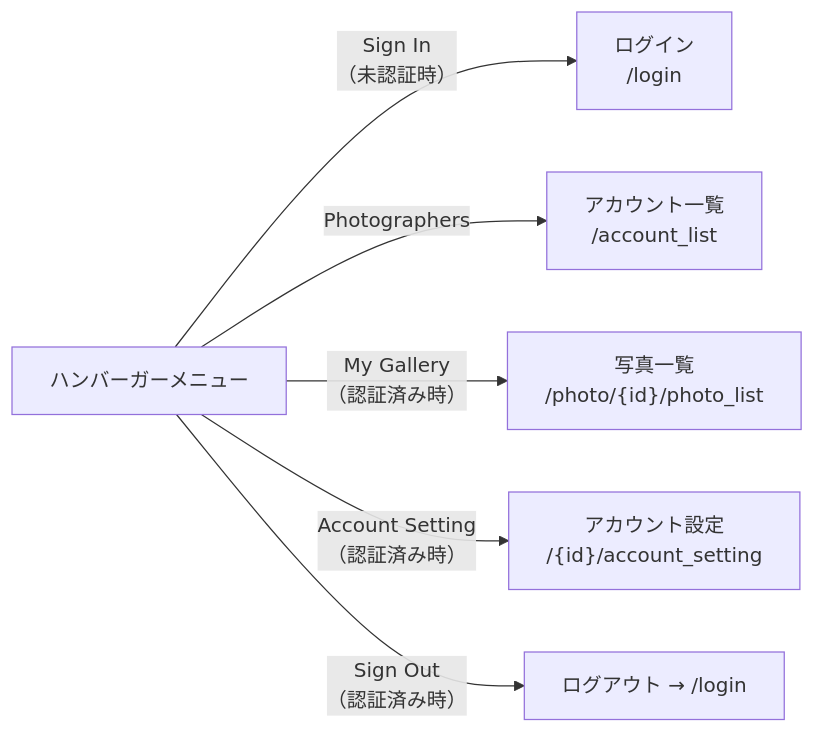
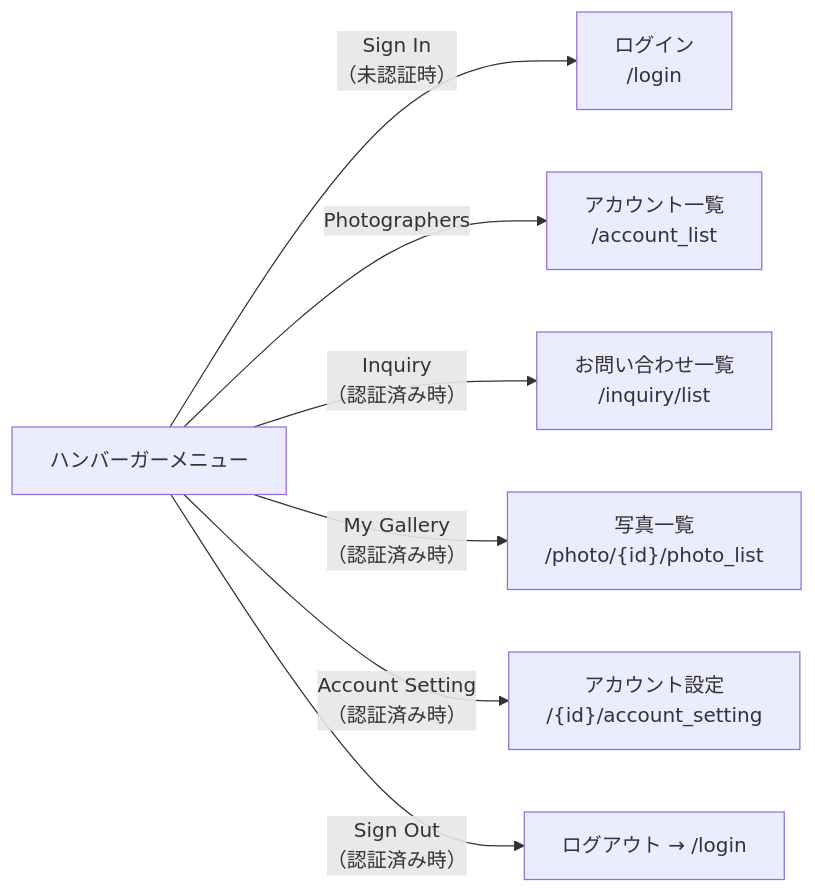
Before and after one commit to KentoKodama214/WebGallery: the second of 9 diagrams in doc/view/screen-transition.md, drawn with Mermaid. The commit also changed other lines of this file and 101 other files, not shown here.

````diff
--- a/doc/view/screen-transition.md
+++ b/doc/view/screen-transition.md
@@ -67,10 +84,11 @@
 ```mermaid
 graph LR
     MENU["ハンバーガーメニュー"]
 
     MENU -->|"Sign In<br/>（未認証時）"| LOGIN["ログイン<br/>/login"]
     MENU -->|"Photographers"| ACCOUNT_LIST["アカウント一覧<br/>/account_list"]
+    MENU -->|"Inquiry<br/>（認証済み時）"| INQUIRY_LIST["お問い合わせ一覧<br/>/inquiry/list"]
     MENU -->|"My Gallery<br/>（認証済み時）"| PHOTO_LIST["写真一覧<br/>/photo/{id}/photo_list"]
     MENU -->|"Account Setting<br/>（認証済み時）"| ACCOUNT_SETTING["アカウント設定<br/>/{id}/account_setting"]
     MENU -->|"Sign Out<br/>（認証済み時）"| LOGOUT["ログアウト → /login"]
 ```
````
